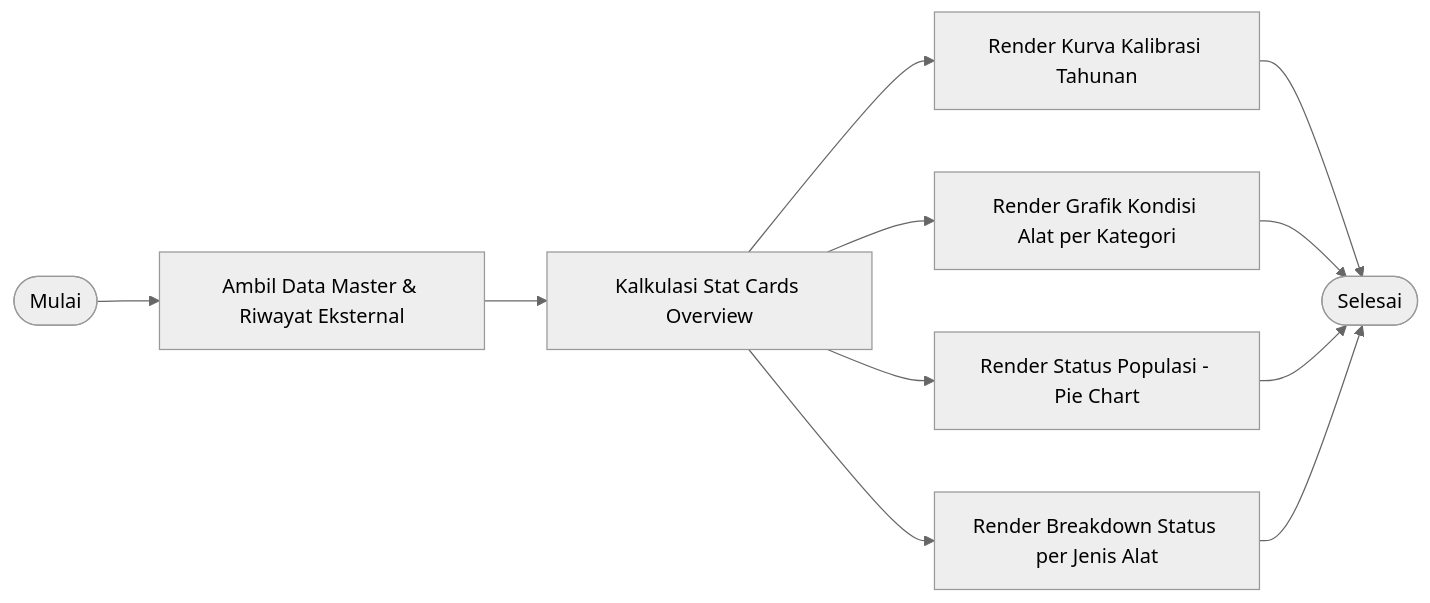
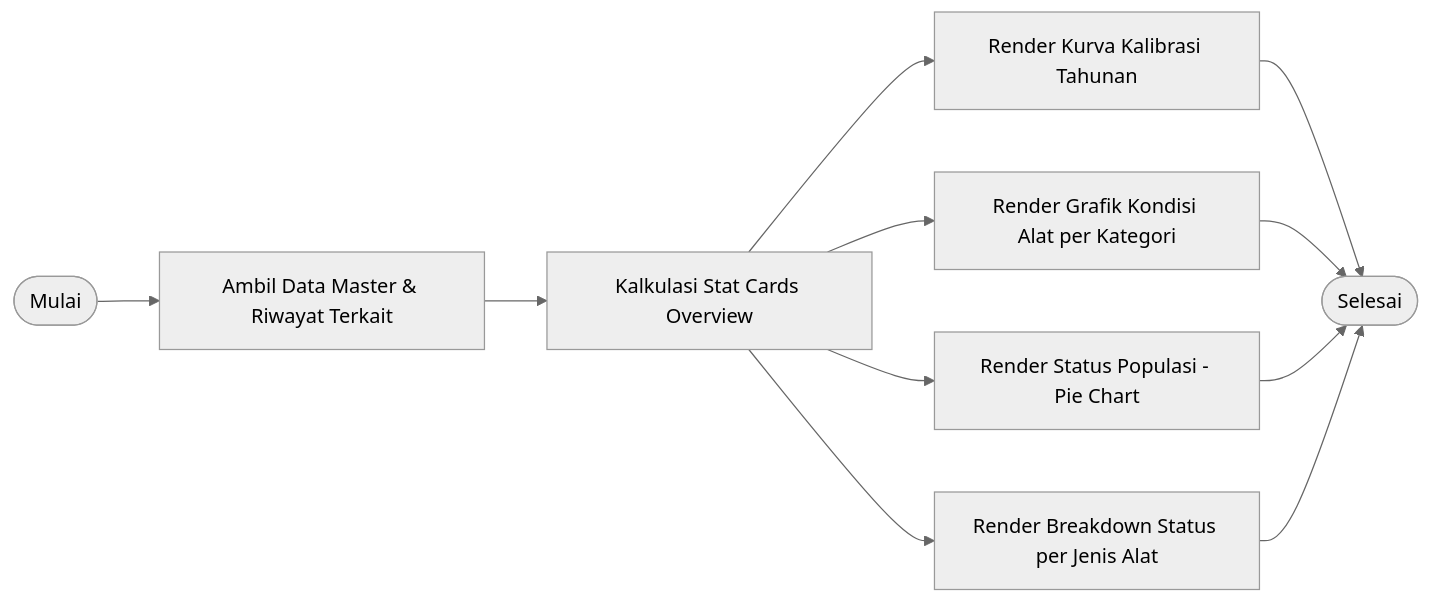
The second of 9 diagrams in bpm_workflow_level_list.md (ebenlimbong/pmn-kalibrasi), drawn with Mermaid (neutral theme) before and after one commit. The commit also changed other lines of this file and 1 other file, not shown here.

Commit message:
docs: satukan alur pemantauan dashboard eksternal & internal menjadi 1 alur proses bisnis 3.2

````diff
--- a/bpm_workflow_level_list.md
+++ b/bpm_workflow_level_list.md
@@ -40,10 +40,10 @@
 ```mermaid
 flowchart LR
-    A([Mulai]) --> B[Ambil Data Master & Riwayat Eksternal]
+    A([Mulai]) --> B[Ambil Data Master & Riwayat Terkait]
     B --> C[Kalkulasi Stat Cards Overview]
     C --> D[Render Kurva Kalibrasi Tahunan]
     C --> E[Render Grafik Kondisi Alat per Kategori]
     C --> F[Render Status Populasi - Pie Chart]
     C --> G[Render Breakdown Status per Jenis Alat]
     D & E & F & G --> H([Selesai])
 ```
````
